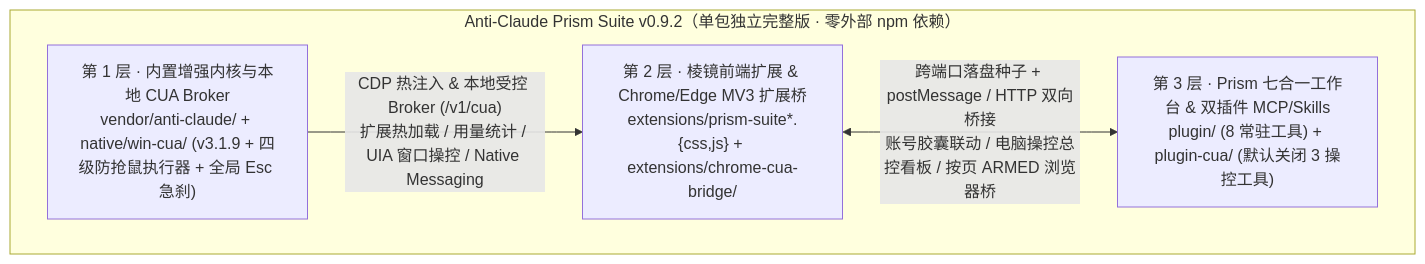
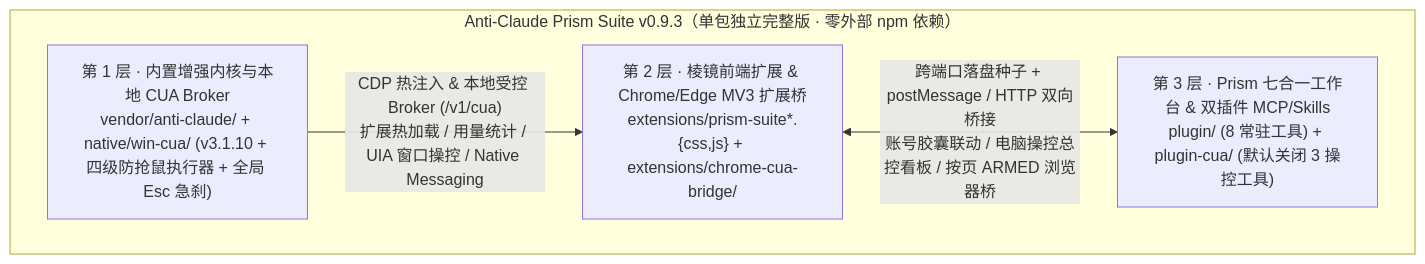
Before and after one commit to wushuai0802/anti-claude-prism-suite: the diagram in README.md, drawn with Mermaid. The commit also changed other lines of this file and 29 other files, not shown here.

Commit message:
feat(v0.9.3): Anti-Claude v3.1.10 compat, gem tier badges, masked thought translation, wan/yi units & Tab intent ghost

````diff
--- a/README.md
+++ b/README.md
@@ -116,11 +116,11 @@
 ```mermaid
 flowchart TB
-  subgraph PKG["Anti-Claude Prism Suite v0.9.2（单包独立完整版 · 零外部 npm 依赖）"]
-    K["第 1 层 · 内置增强内核与本地 CUA Broker<br/>vendor/anti-claude/ + native/win-cua/ (v3.1.9 + 四级防抢鼠执行器 + 全局 Esc 急刹)"]
+  subgraph PKG["Anti-Claude Prism Suite v0.9.3（单包独立完整版 · 零外部 npm 依赖）"]
+    K["第 1 层 · 内置增强内核与本地 CUA Broker<br/>vendor/anti-claude/ + native/win-cua/ (v3.1.10 + 四级防抢鼠执行器 + 全局 Esc 急刹)"]
     E["第 2 层 · 棱镜前端扩展 & Chrome/Edge MV3 扩展桥<br/>extensions/prism-suite*.{css,js} + extensions/chrome-cua-bridge/"]
     P["第 3 层 · Prism 七合一工作台 & 双插件 MCP/Skills<br/>plugin/ (8 常驻工具) + plugin-cua/ (默认关闭 3 操控工具)"]
   end
 
   K -->|"CDP 热注入 & 本地受控 Broker (/v1/cua)<br/>扩展热加载 / 用量统计 / UIA 窗口操控 / Native Messaging"| E
   E <-->|"跨端口落盘种子 + postMessage / HTTP 双向桥接<br/>账号胶囊联动 / 电脑操控总控看板 / 按页 ARMED 浏览器桥"| P
 ```
````
